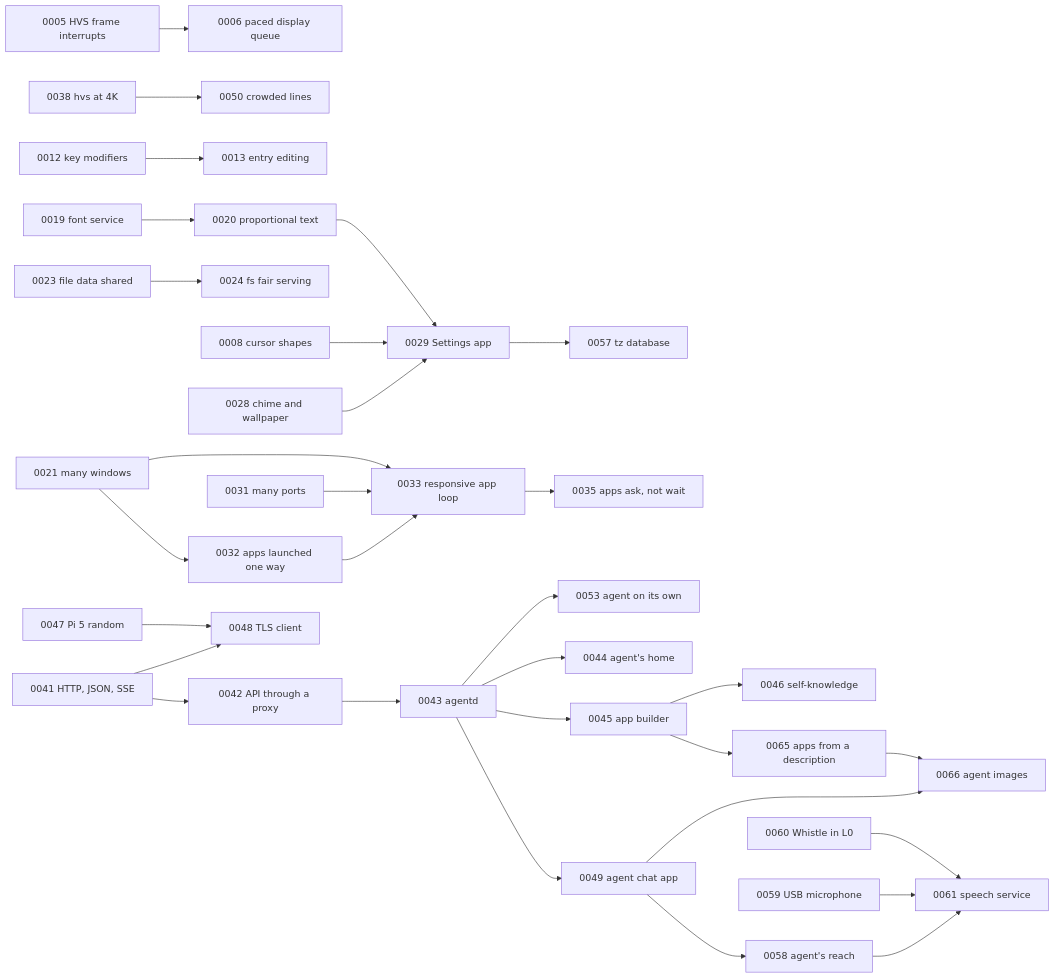
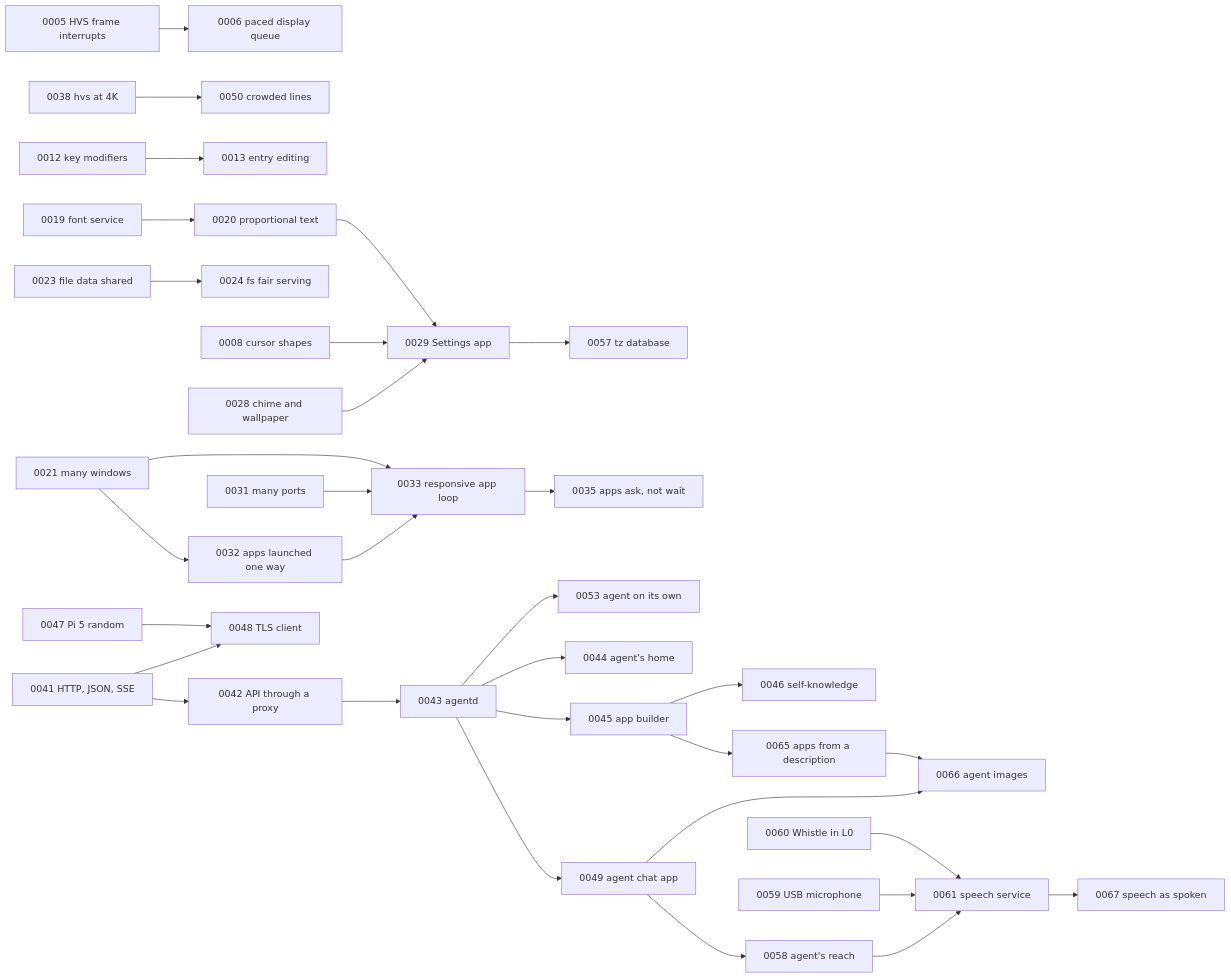
The diagram in roadmap/INDEX.md (misleb/L0S), drawn with Mermaid before and after one commit. The commit also changed other lines of this file and 45 other files, not shown here.

First line of the commit message:
Roadmap 0061 steps 1 to 5: speech, what is said to the board said to the agent

````diff
--- a/roadmap/INDEX.md
+++ b/roadmap/INDEX.md
@@ -68,33 +74,34 @@
 ```mermaid
 graph LR
   0005[0005 HVS frame interrupts] --> 0006[0006 paced display queue]
   0038[0038 hvs at 4K] --> 0050[0050 crowded lines]
   0012[0012 key modifiers] --> 0013[0013 entry editing]
   0019[0019 font service] --> 0020[0020 proportional text]
   0023[0023 file data shared] --> 0024[0024 fs fair serving]
   0028[0028 chime and wallpaper] --> 0029[0029 Settings app]
   0008[0008 cursor shapes] --> 0029
   0020 --> 0029
   0029 --> 0057[0057 tz database]
   0021[0021 many windows] --> 0032[0032 apps launched one way]
   0032 --> 0033[0033 responsive app loop]
   0033 --> 0035[0035 apps ask, not wait]
   0031[0031 many ports] --> 0033
   0021 --> 0033
   0041[0041 HTTP, JSON, SSE] --> 0042[0042 API through a proxy]
   0042 --> 0043[0043 agentd]
   0043 --> 0053[0053 agent on its own]
   0043 --> 0044[0044 agent's home]
   0043 --> 0045[0045 app builder]
   0045 --> 0046[0046 self-knowledge]
   0045 --> 0065[0065 apps from a description]
   0043 --> 0049[0049 agent chat app]
   0049 --> 0058[0058 agent's reach]
   0049 --> 0066[0066 agent images]
   0065 --> 0066
   0058 --> 0061[0061 speech service]
   0059[0059 USB microphone] --> 0061
   0060[0060 Whistle in L0] --> 0061
+  0061 --> 0067[0067 speech as spoken]
   0041 --> 0048[0048 TLS client]
   0047[0047 Pi 5 random] --> 0048
 ```
````
